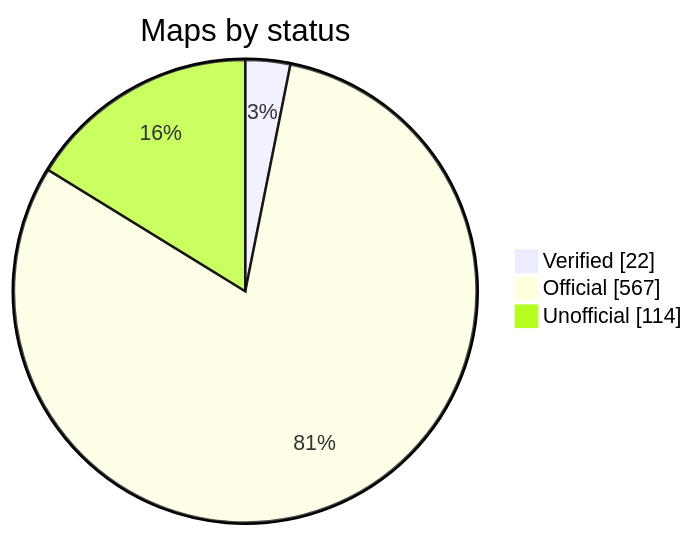
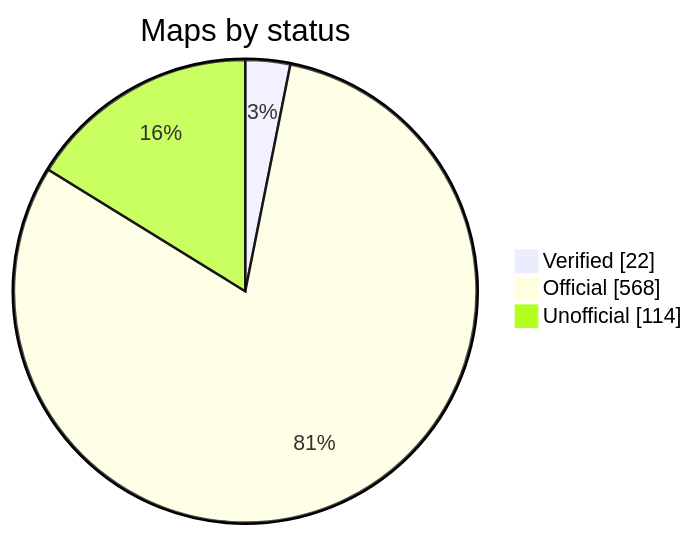
The diagram in README.md (nobrega8/mbmap-library), drawn with Mermaid before and after one commit. The commit also changed 6 other files, not shown here.

````diff
--- a/README.md
+++ b/README.md
@@ -52,7 +52,7 @@
 ```mermaid
 pie showData
     title Maps by status
     "Verified" : 22
-    "Official" : 567
+    "Official" : 568
     "Unofficial" : 114
 ```
````
